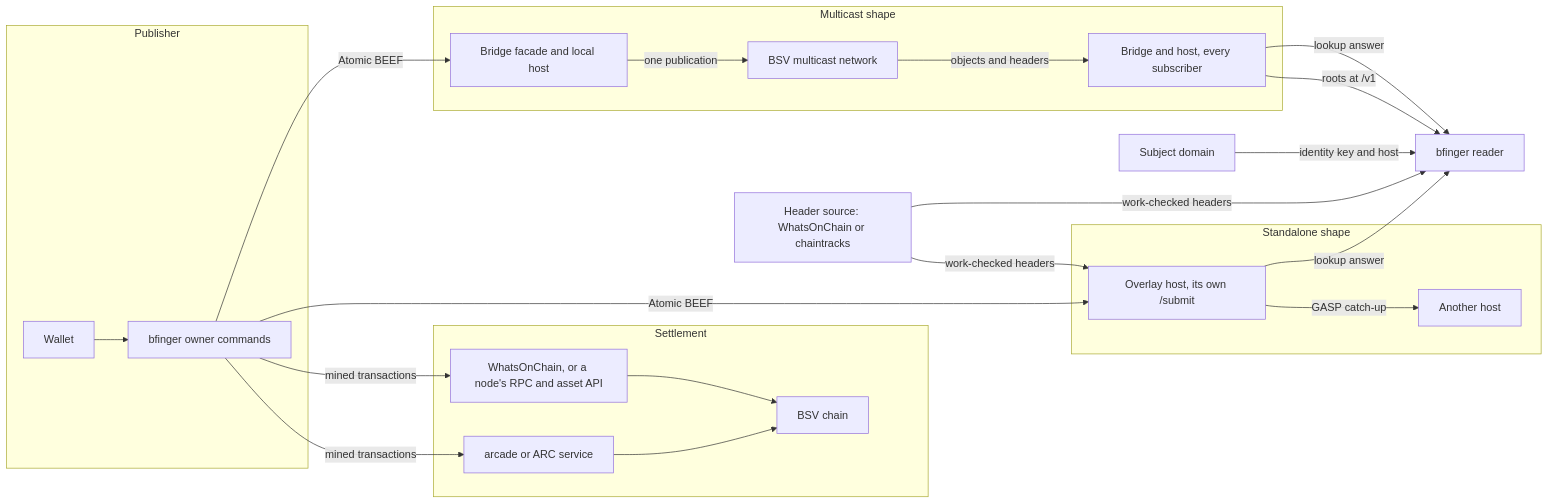
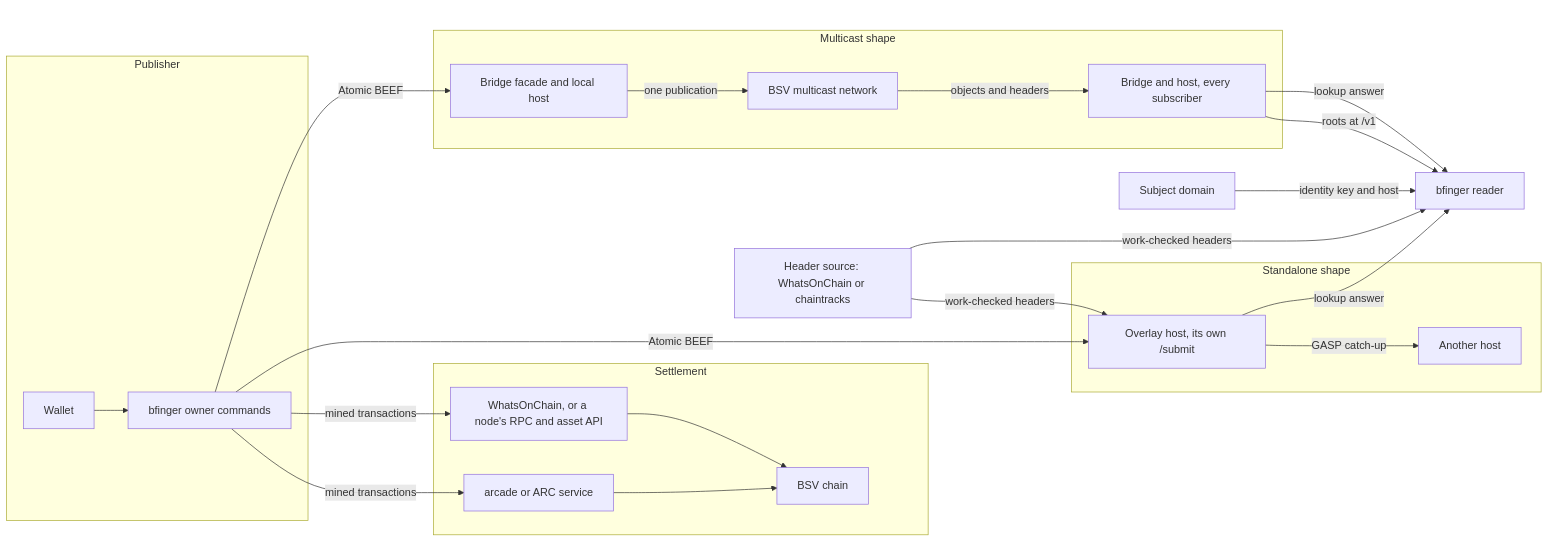
The first of 2 diagrams in docs/architecture.md (lightwebinc/bfinger), drawn with Mermaid before and after one commit. The commit also changed 9 other files, not shown here.

First line of the commit message:
[Fix] diagrams: a spacer where the viewer's controls land

````diff
--- a/docs/architecture.md
+++ b/docs/architecture.md
@@ -26,41 +26,46 @@
 ```mermaid
 flowchart LR
   subgraph pub["Publisher"]
     cli["bfinger owner commands"]
     wal["Wallet"]
   end
   subgraph stl["Settlement"]
     arc["arcade or ARC service"]
     nod["WhatsOnChain, or a node's RPC and asset API"]
     chn["BSV chain"]
   end
   hs["Header source: WhatsOnChain or chaintracks"]
   subgraph solo["Standalone shape"]
     h1["Overlay host, its own /submit"]
     h1b["Another host"]
   end
   subgraph mc["Multicast shape"]
     fac["Bridge facade and local host"]
     net["BSV multicast network"]
     brx["Bridge and host, every subscriber"]
   end
   dom["Subject domain"]
   rdr["bfinger reader"]
 
   wal --> cli
   cli -->|"mined transactions"| arc
   cli -->|"mined transactions"| nod
   arc --> chn
   nod --> chn
   cli -->|"Atomic BEEF"| h1
   h1 -->|"GASP catch-up"| h1b
   cli -->|"Atomic BEEF"| fac
   fac -->|"one publication"| net
   net -->|"objects and headers"| brx
   hs -->|"work-checked headers"| h1
   hs -->|"work-checked headers"| rdr
   brx -->|"roots at /v1"| rdr
   dom -->|"identity key and host"| rdr
   h1 -->|"lookup answer"| rdr
   brx -->|"lookup answer"| rdr
+  %% The last node is an invisible spacer in the rightmost rank: the rendered
+  %% viewer places its zoom and pan controls over the bottom-right corner.
+  brx ~~~ pad
+  pad["&nbsp;<br/>&nbsp;<br/>&nbsp;<br/>&nbsp;<br/>&nbsp;"]:::pad
+  classDef pad fill:none,stroke:none,color:transparent
 ```
````
